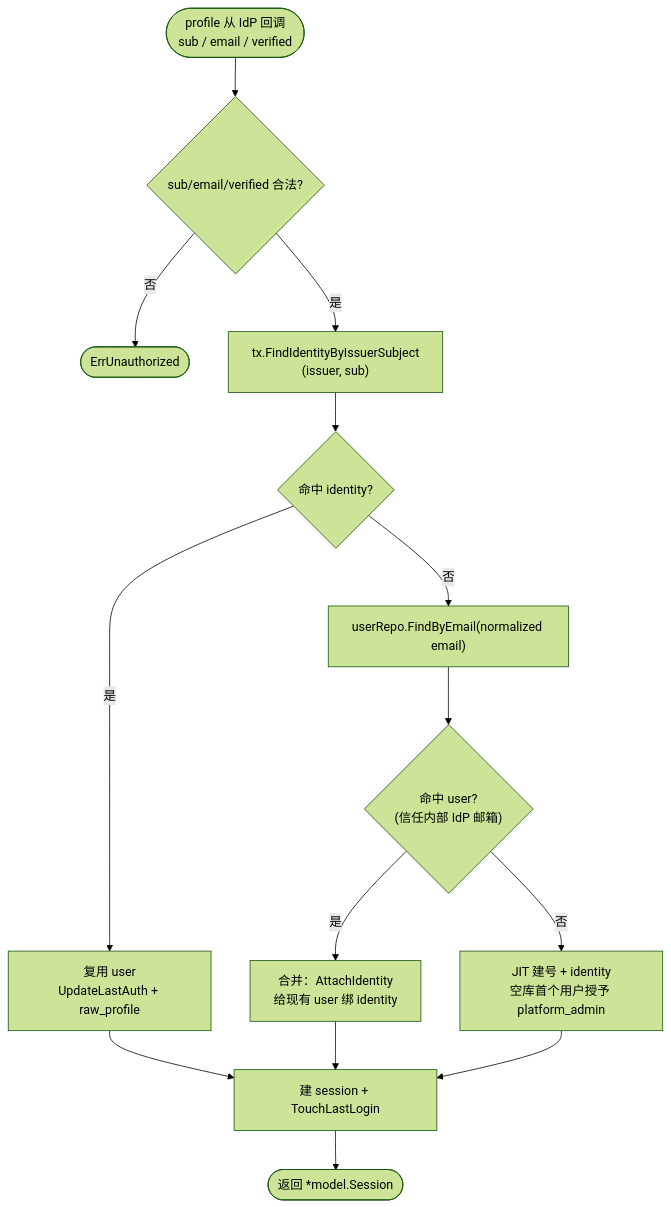
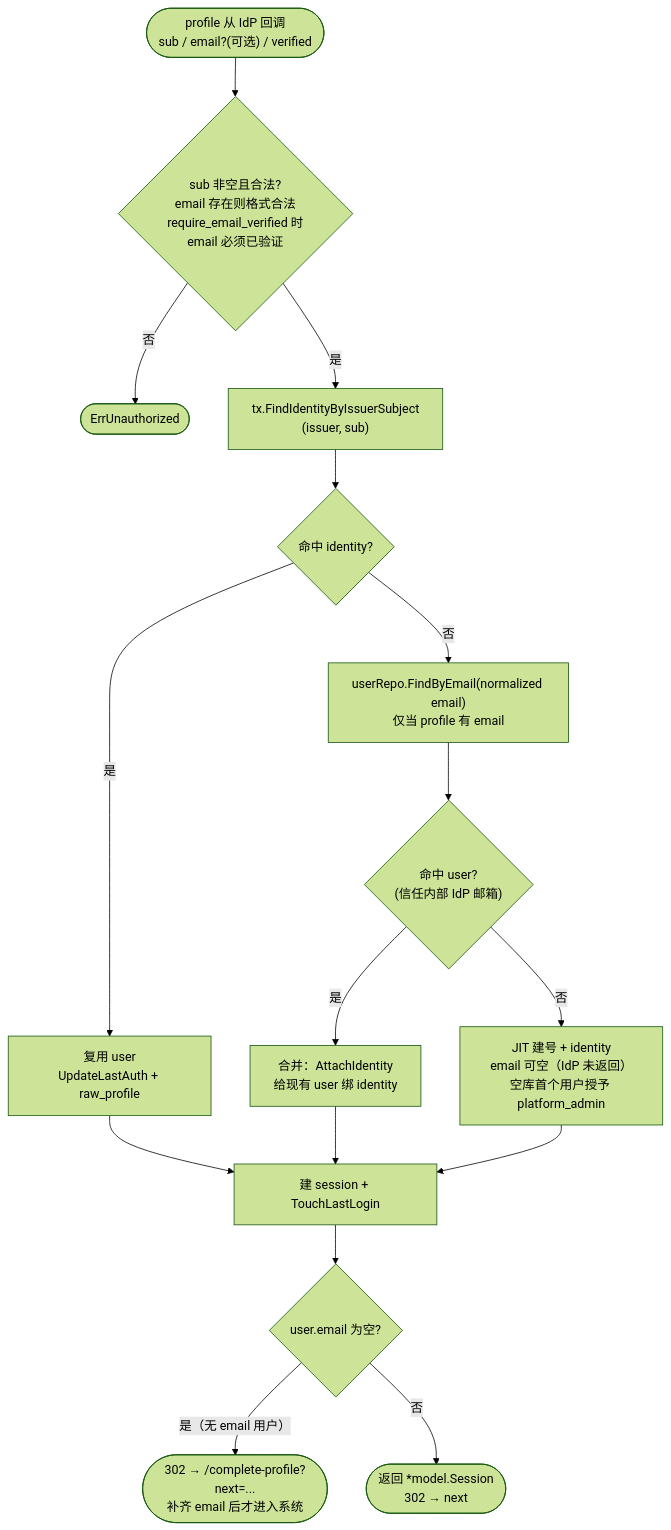
Before and after one commit to amoydavid/langhuan: the fifth of 7 diagrams in docs/superpowers/specs/2026-08-07-oidc-internal-idp-auth-design.md, drawn with Mermaid (forest theme). The commit also changed other lines of this file and 18 other files, not shown here.

First line of the commit message:
feat(auth): OIDC 无 email 用户补齐资料流程（complete-profile）

````diff
--- a/docs/superpowers/specs/2026-08-07-oidc-internal-idp-auth-design.md
+++ b/docs/superpowers/specs/2026-08-07-oidc-internal-idp-auth-design.md
@@ -468,26 +486,30 @@
 ```mermaid
 flowchart TD
-    Start(["profile 从 IdP 回调<br/>sub / email / verified"])
-    CheckProfile{"sub/email/verified 合法?"}
+    Start(["profile 从 IdP 回调<br/>sub / email?(可选) / verified"])
+    CheckProfile{"sub 非空且合法?<br/>email 存在则格式合法<br/>require_email_verified 时<br/>email 必须已验证"}
     Reject(["ErrUnauthorized"])
     FindId["tx.FindIdentityByIssuerSubject<br/>(issuer, sub)"]
     HitId{"命中 identity?"}
     Reuse["复用 user<br/>UpdateLastAuth + raw_profile"]
-    FindUser["userRepo.FindByEmail(normalized email)"]
+    FindUser["userRepo.FindByEmail(normalized email)<br/>仅当 profile 有 email"]
     HitUser{"命中 user?<br/>(信任内部 IdP 邮箱)"}
     Merge["合并：AttachIdentity<br/>给现有 user 绑 identity"]
-    Create["JIT 建号 + identity<br/>空库首个用户授予 platform_admin"]
+    Create["JIT 建号 + identity<br/>email 可空（IdP 未返回）<br/>空库首个用户授予 platform_admin"]
     Session["建 session + TouchLastLogin"]
-    Done(["返回 *model.Session"])
+    CheckEmail{"user.email 为空?"}
+    RedirectComplete(["302 → /complete-profile?next=...<br/>补齐 email 后才进入系统"])
+    Done(["返回 *model.Session<br/>302 → next"])
 
     Start --> CheckProfile
     CheckProfile -- 否 --> Reject
     CheckProfile -- 是 --> FindId
     FindId --> HitId
     HitId -- 是 --> Reuse --> Session
     HitId -- 否 --> FindUser --> HitUser
     HitUser -- 是 --> Merge --> Session
     HitUser -- 否 --> Create
     Create --> Session
-    Session --> Done
+    Session --> CheckEmail
+    CheckEmail -- 是（无 email 用户） --> RedirectComplete
+    CheckEmail -- 否 --> Done
 ```
````
